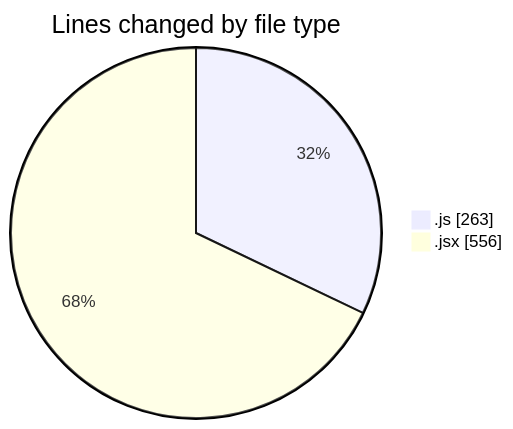
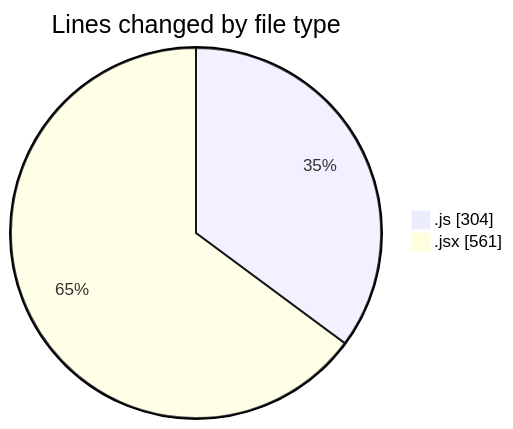
Before and after one commit to nxtqubesakshisongat/code-tracking: the first of 2 diagrams in 2025-05-31/nxtqube_webapp/README.md, drawn with Mermaid. The commit also changed other lines of this file and 1 other file, not shown here.

````diff
--- a/2025-05-31/nxtqube_webapp/README.md
+++ b/2025-05-31/nxtqube_webapp/README.md
@@ -23,6 +24,6 @@
 ```mermaid
 pie showData
 title Lines changed by file type
-".js" : 263
-".jsx" : 556
+".js" : 304
+".jsx" : 561
 ```
````
